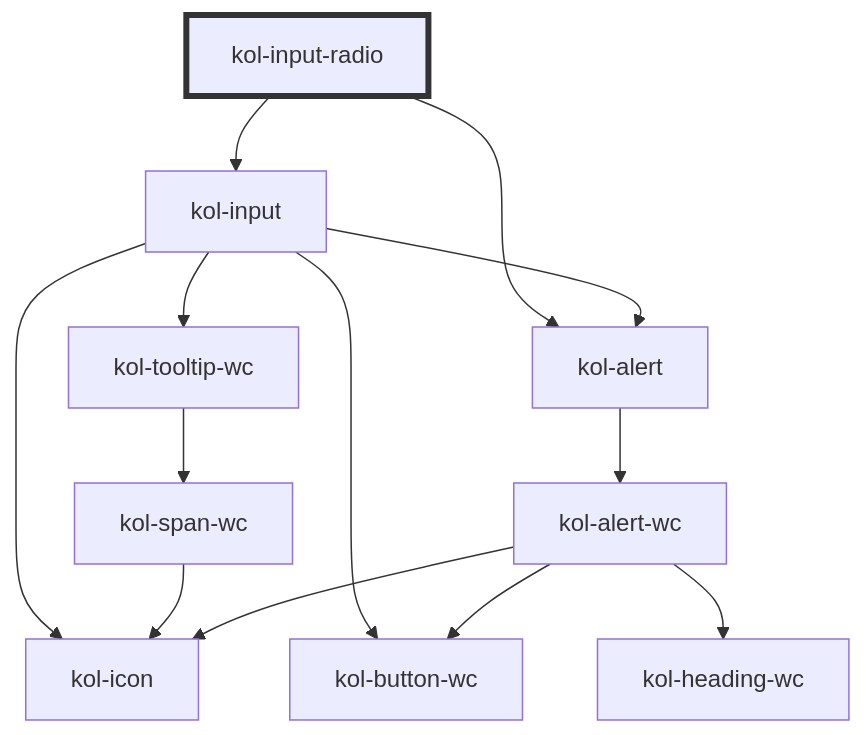
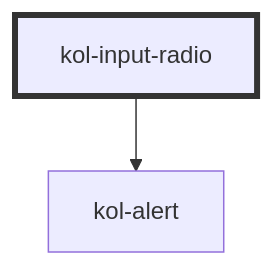
The diagram in packages/components/src/components/input-radio/readme.md (public-ui/kolibri), drawn with Mermaid before and after one commit. The commit also changed other lines of this file and 90 other files, not shown here.

````diff
--- a/packages/components/src/components/input-radio/readme.md
+++ b/packages/components/src/components/input-radio/readme.md
@@ -123,16 +122,5 @@
 ```mermaid
 graph TD;
-  kol-input-radio --> kol-input
   kol-input-radio --> kol-alert
-  kol-input --> kol-icon
-  kol-input --> kol-button-wc
-  kol-input --> kol-tooltip-wc
-  kol-input --> kol-alert
-  kol-tooltip-wc --> kol-span-wc
-  kol-span-wc --> kol-icon
-  kol-alert --> kol-alert-wc
-  kol-alert-wc --> kol-heading-wc
-  kol-alert-wc --> kol-button-wc
-  kol-alert-wc --> kol-icon
   style kol-input-radio stroke:#333,stroke-width:4px
 ```
````
